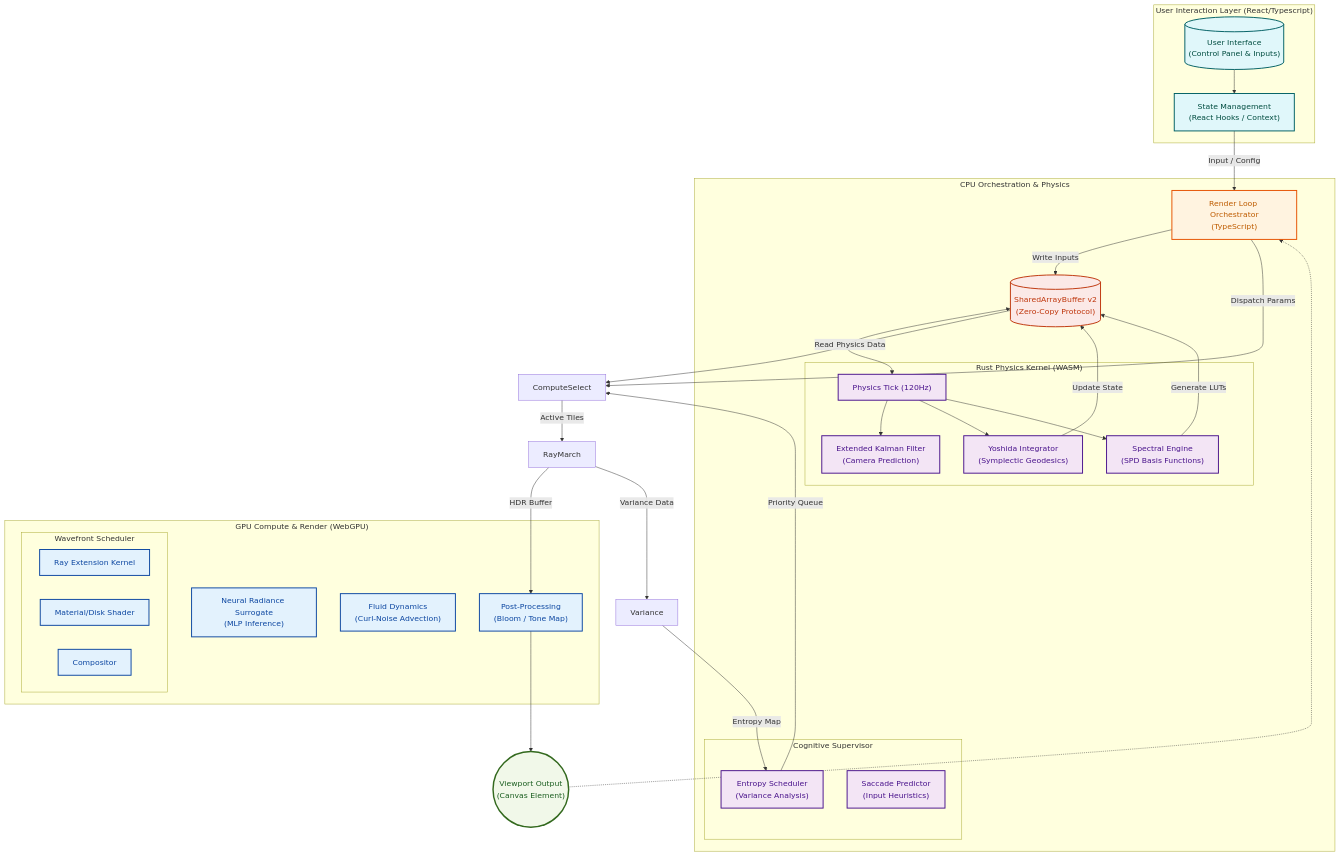
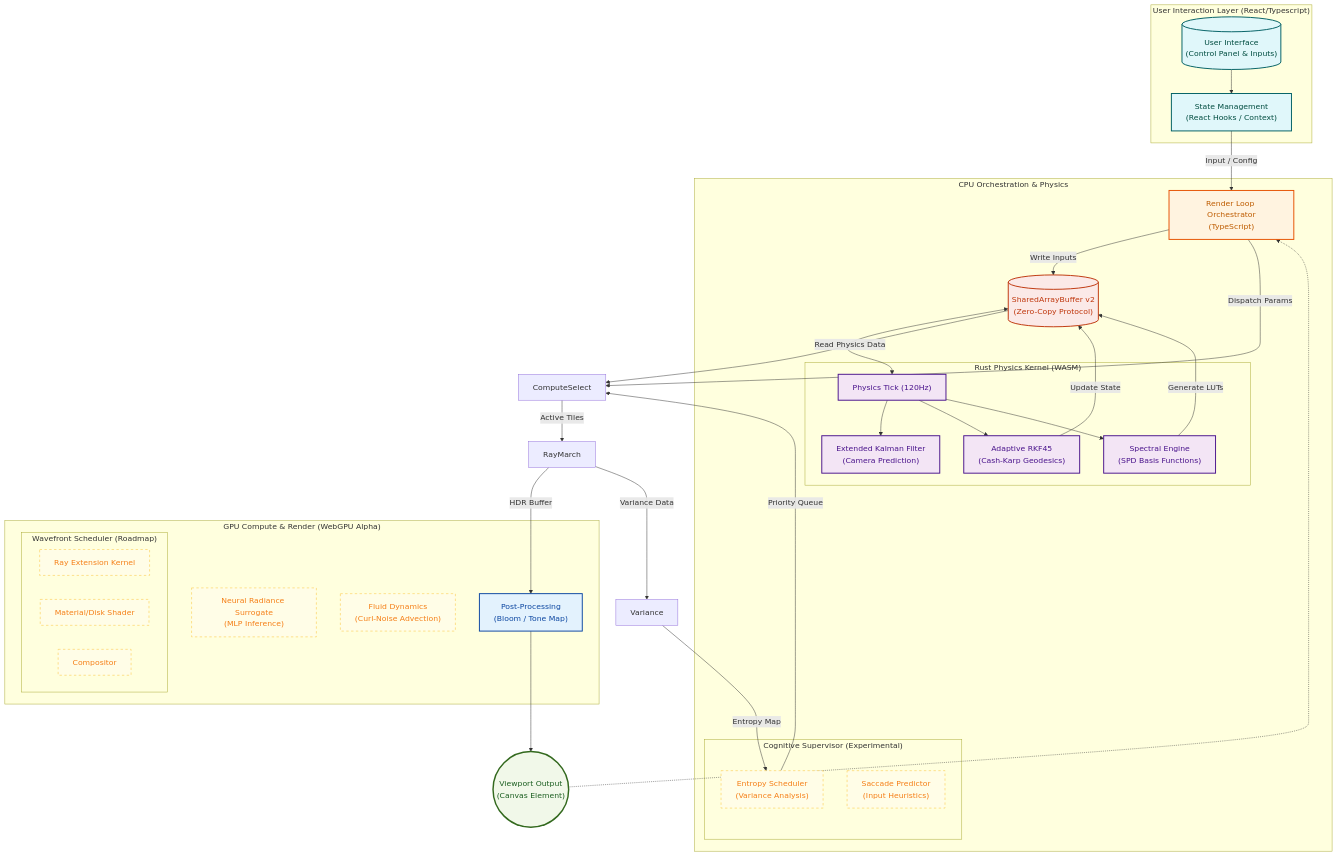
The diagram in docs/ARCHITECTURE.md (steeltroops-ai/blackhole-simulation), drawn with Mermaid before and after one commit. The commit also changed other lines of this file and 4 other files, not shown here.

Commit message:
docs: sync architecture, physics, and performance specs with kernel v5.3

````diff
--- a/docs/ARCHITECTURE.md
+++ b/docs/ARCHITECTURE.md
@@ -11,72 +11,77 @@
 ```mermaid
 graph TD
     %% Global Styles for Professional Light Theme
     classDef input fill:#e0f7fa,stroke:#006064,stroke-width:2px,color:#004d40
     classDef orchestration fill:#fff3e0,stroke:#e65100,stroke-width:2px,color:#be5c00
     classDef kernel fill:#f3e5f5,stroke:#4a148c,stroke-width:2px,color:#4a148c
     classDef compute fill:#e3f2fd,stroke:#0d47a1,stroke-width:2px,color:#0d47a1
     classDef memory fill:#fbe9e7,stroke:#bf360c,stroke-width:2px,color:#bf360c
     classDef output fill:#f1f8e9,stroke:#33691e,stroke-width:3px,color:#1b5e20
+    classDef wip fill:#fffde7,stroke:#fbc02d,stroke-width:1px,stroke-dasharray: 5 5,color:#f57f17
+
 
     subgraph UserInteraction ["User Interaction Layer (React/Typescript)"]
         UI[("User Interface<br/>(Control Panel & Inputs)")]:::input
         State["State Management<br/>(React Hooks / Context)"]:::input
     end
 
     subgraph CPULogic ["CPU Orchestration & Physics"]
         Orchestrator["Render Loop Orchestrator<br/>(TypeScript)"]:::orchestration
         SAB[("SharedArrayBuffer v2<br/>(Zero-Copy Protocol)")]:::memory
 
-        subgraph CognitiveLayer ["Cognitive Supervisor"]
-            Scheduler["Entropy Scheduler<br/>(Variance Analysis)"]:::kernel
-            Predictor["Saccade Predictor<br/>(Input Heuristics)"]:::kernel
+        subgraph CognitiveLayer ["Cognitive Supervisor (Experimental)"]
+            Scheduler["Entropy Scheduler<br/>(Variance Analysis)"]:::wip
+            Predictor["Saccade Predictor<br/>(Input Heuristics)"]:::wip
         end
+
 
         subgraph RustKernel ["Rust Physics Kernel (WASM)"]
             PhysicsTick["Physics Tick (120Hz)"]:::kernel
             EKF["Extended Kalman Filter<br/>(Camera Prediction)"]:::kernel
-            Integrator["Yoshida Integrator<br/>(Symplectic Geodesics)"]:::kernel
+            Integrator["Adaptive RKF45<br/>(Cash-Karp Geodesics)"]:::kernel
             Spectrum["Spectral Engine<br/>(SPD Basis Functions)"]:::kernel
         end
+
     end
 
-    subgraph GPULogic ["GPU Compute & Render (WebGPU)"]
-        subgraph Wavefront ["Wavefront Scheduler"]
-            Extension["Ray Extension Kernel"]:::compute
-            Shading["Material/Disk Shader"]:::compute
-            Comp["Compositor"]:::compute
+    subgraph GPULogic ["GPU Compute & Render (WebGPU Alpha)"]
+        subgraph Wavefront ["Wavefront Scheduler (Roadmap)"]
+            Extension["Ray Extension Kernel"]:::wip
+            Shading["Material/Disk Shader"]:::wip
+            Comp["Compositor"]:::wip
         end
-        NRS["Neural Radiance Surrogate<br/>(MLP Inference)"]:::compute
-        GRMHD["Fluid Dynamics<br/>(Curl-Noise Advection)"]:::compute
+        NRS["Neural Radiance Surrogate<br/>(MLP Inference)"]:::wip
+        GRMHD["Fluid Dynamics<br/>(Curl-Noise Advection)"]:::wip
         PostProcess["Post-Processing<br/>(Bloom / Tone Map)"]:::compute
     end
+
 
     Display(("Viewport Output<br/>(Canvas Element)")):::output
 
     %% Data Flow
     UI --> State
     State -- "Input / Config" --> Orchestrator
 
     Orchestrator -- "Write Inputs" --> SAB
     SAB <--> PhysicsTick
 
     PhysicsTick --> EKF
     PhysicsTick --> Integrator
     PhysicsTick --> Spectrum
 
     Spectrum -- "Generate LUTs" --> SAB
     Integrator -- "Update State" --> SAB
 
     Orchestrator -- "Dispatch Params" --> ComputeSelect
     SAB -- "Read Physics Data" --> ComputeSelect
 
     ComputeSelect -- "Active Tiles" --> RayMarch
     RayMarch -- "HDR Buffer" --> PostProcess
     RayMarch -- "Variance Data" --> Variance
     Variance -- "Entropy Map" --> Scheduler
     Scheduler -- "Priority Queue" --> ComputeSelect
     PostProcess --> Display
 
     %% Feedback Loop
     Display -.-> Orchestrator
 ```
````
